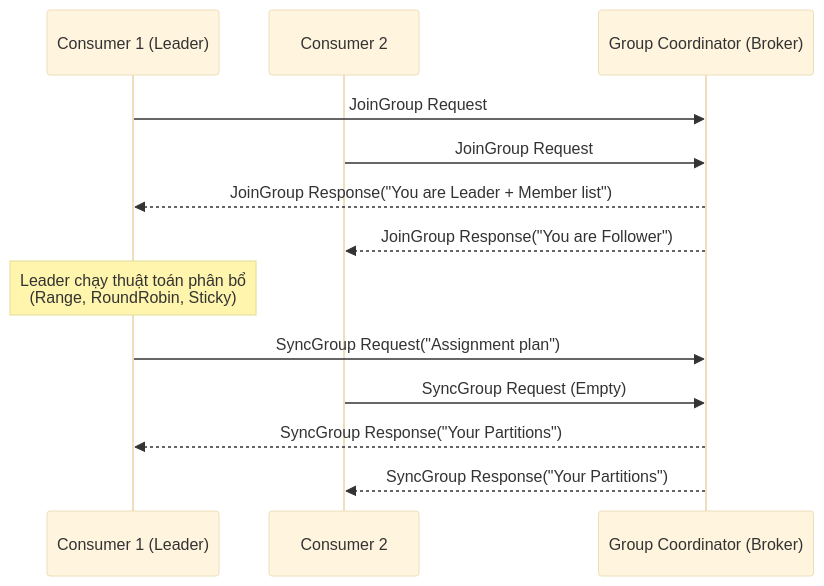
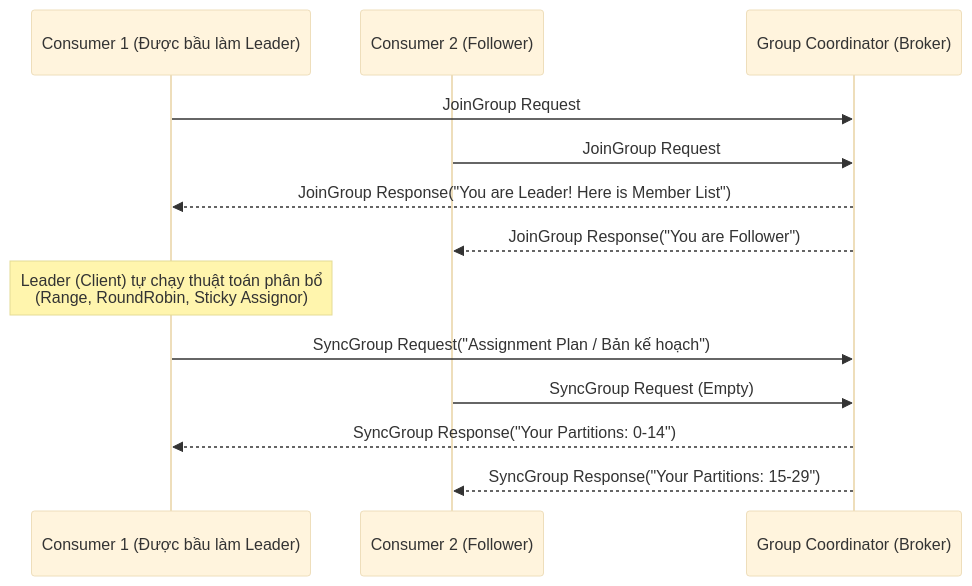
The diagram in src/content/docs/concepts/5-stream-processing-realtime/consumer-groups.md (kythuatdulieu/kythuatdulieu.github.io), drawn with Mermaid (base theme) before and after one commit. The commit also changed other lines of this file and 228 other files, not shown here.

Commit message:
Fix syntax and rewrite 200+ concepts docs to deep-dive system architecture and add GA4 tracking to quiz app

````diff
--- a/src/content/docs/concepts/5-stream-processing-realtime/consumer-groups.md
+++ b/src/content/docs/concepts/5-stream-processing-realtime/consumer-groups.md
@@ -24,16 +26,19 @@
 ```mermaid
 sequenceDiagram
-    participant C1 as Consumer 1 (Leader)
-    participant C2 as Consumer 2
+    participant C1 as Consumer 1 (Được bầu làm Leader)
+    participant C2 as Consumer 2 (Follower)
     participant GC as Group Coordinator (Broker)
     
     C1->>GC: JoinGroup Request
     C2->>GC: JoinGroup Request
-    GC-->>C1: JoinGroup Response("You are Leader + Member list")
+    GC-->>C1: JoinGroup Response("You are Leader! Here is Member List")
     GC-->>C2: JoinGroup Response("You are Follower")
-    Note over C1: Leader chạy thuật toán phân bổ<br/>(Range, RoundRobin, Sticky)
-    C1->>GC: SyncGroup Request("Assignment plan")
+    
+    Note over C1: Leader (Client) tự chạy thuật toán phân bổ<br/>(Range, RoundRobin, Sticky Assignor)
+    
+    C1->>GC: SyncGroup Request("Assignment Plan / Bản kế hoạch")
     C2->>GC: SyncGroup Request (Empty)
-    GC-->>C1: SyncGroup Response("Your Partitions")
-    GC-->>C2: SyncGroup Response("Your Partitions")
+    
+    GC-->>C1: SyncGroup Response("Your Partitions: 0-14")
+    GC-->>C2: SyncGroup Response("Your Partitions: 15-29")
 ```
````
